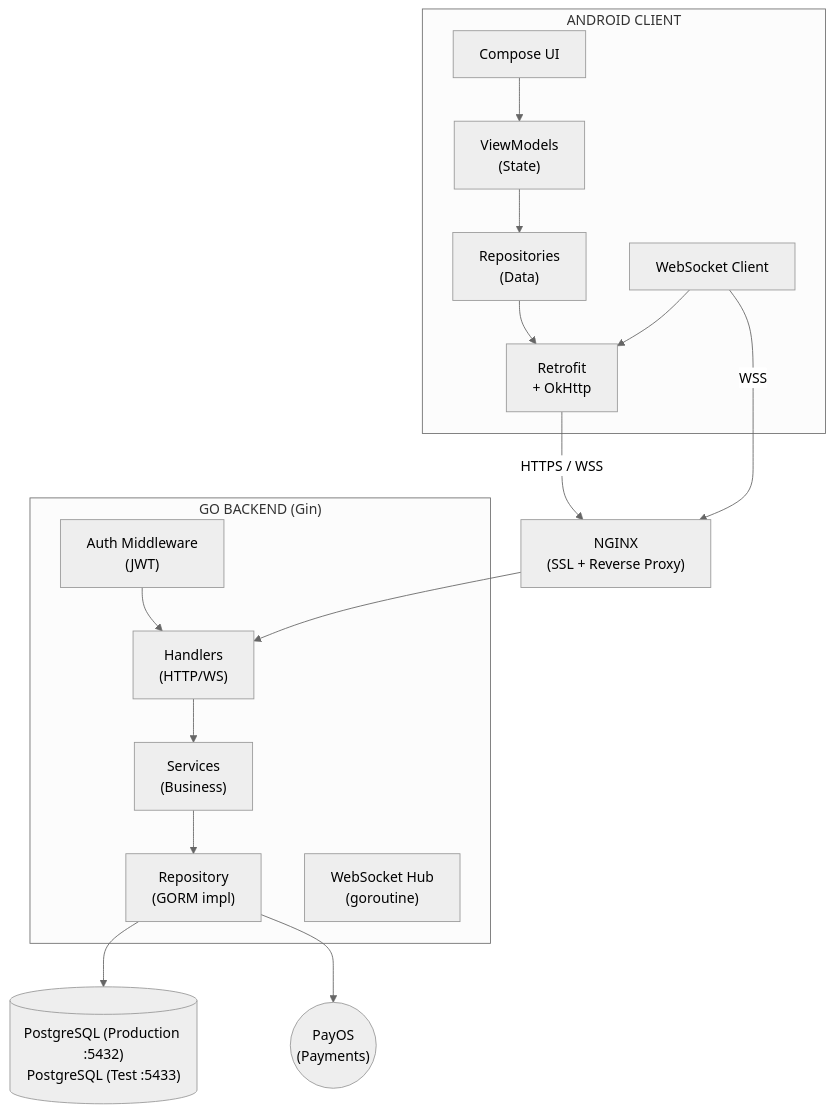
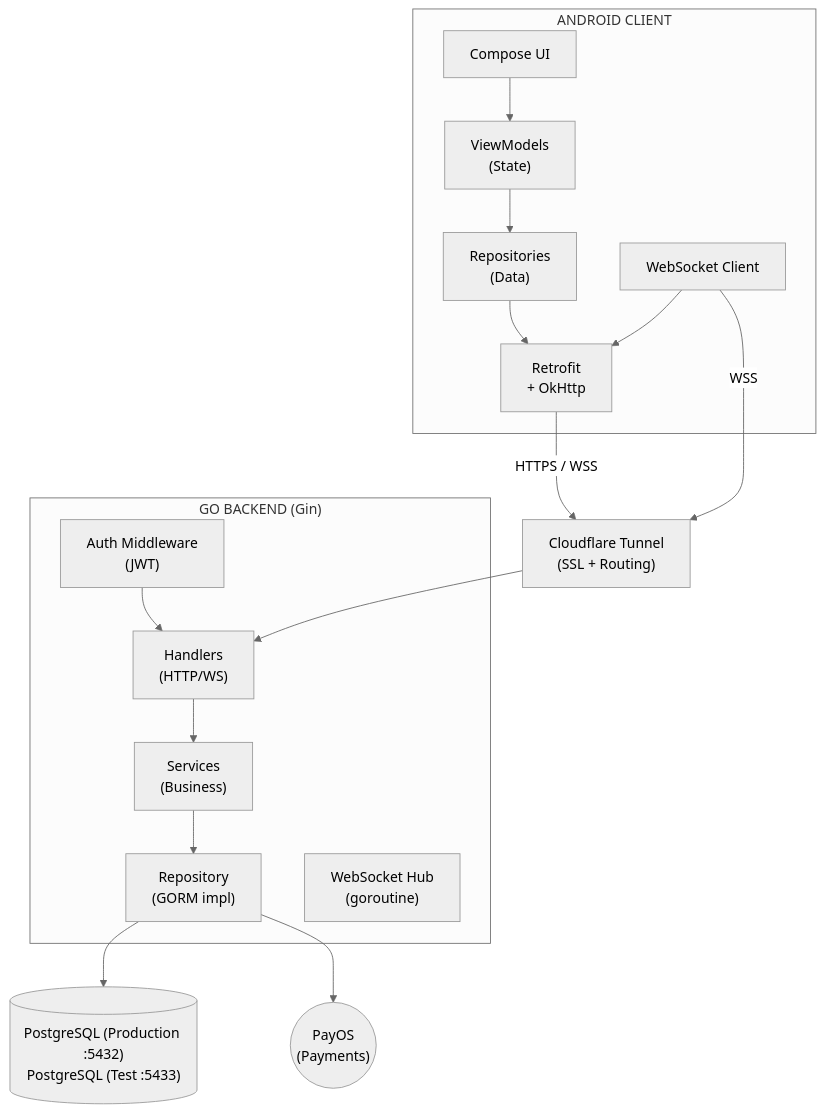
Before and after one commit to nhannht/viecz: the first of 10 diagrams in docs/technical/ARCHITECTURE.md, drawn with Mermaid (neutral theme). The commit also changed other lines of this file and 8 other files, not shown here.

````diff
--- a/docs/technical/ARCHITECTURE.md
+++ b/docs/technical/ARCHITECTURE.md
@@ -37,40 +37,40 @@
 ```mermaid
 graph TD
     subgraph ANDROID_CLIENT["ANDROID CLIENT"]
         ComposeUI["Compose UI"]
         ViewModels["ViewModels<br/>(State)"]
         Repositories["Repositories<br/>(Data)"]
         Retrofit["Retrofit<br/>+ OkHttp"]
         WebSocketClient["WebSocket Client"]
 
         ComposeUI --> ViewModels
         ViewModels --> Repositories
         Repositories --> Retrofit
         WebSocketClient --> Retrofit
     end
 
-    NGINX["NGINX<br/>(SSL + Reverse Proxy)"]
+    CLOUDFLARE["Cloudflare Tunnel<br/>(SSL + Routing)"]
 
-    Retrofit -- "HTTPS / WSS" --> NGINX
-    WebSocketClient -- "WSS" --> NGINX
+    Retrofit -- "HTTPS / WSS" --> CLOUDFLARE
+    WebSocketClient -- "WSS" --> CLOUDFLARE
 
     subgraph GO_BACKEND["GO BACKEND (Gin)"]
         AuthMW["Auth Middleware<br/>(JWT)"]
         Handlers["Handlers<br/>(HTTP/WS)"]
         Services["Services<br/>(Business)"]
         Repository["Repository<br/>(GORM impl)"]
         WebSocketHub["WebSocket Hub<br/>(goroutine)"]
 
         AuthMW --> Handlers
         Handlers --> Services
         Services --> Repository
     end
 
-    NGINX --> Handlers
+    CLOUDFLARE --> Handlers
 
     DB[("PostgreSQL (Production :5432)<br/>PostgreSQL (Test :5433)")]
     PayOS(("PayOS<br/>(Payments)"))
 
     Repository --> DB
     Repository --> PayOS
 ```
````
